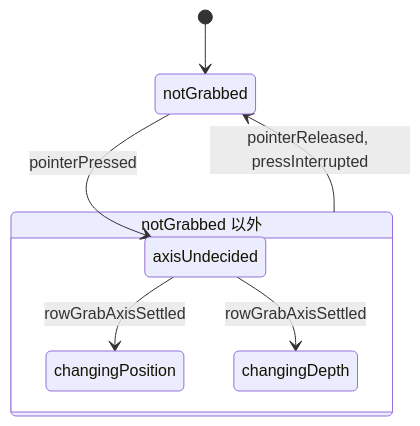
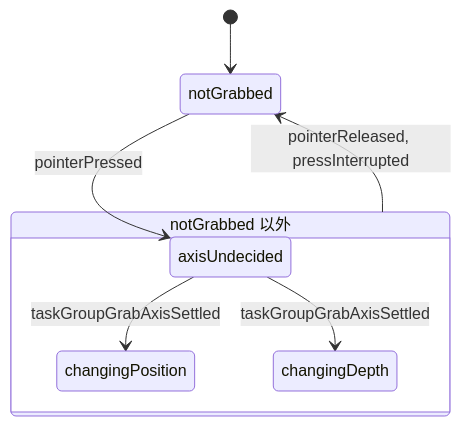
Before and after one commit to GoodRelax/gr-scheduler: diagram 18 of 27 in docs/spec/_assets/tbl-state-machines.md, drawn with Mermaid. The commit also changed other lines of this file and 25 other files, not shown here.

````diff
--- a/docs/spec/_assets/tbl-state-machines.md
+++ b/docs/spec/_assets/tbl-state-machines.md
@@ -707,15 +707,15 @@
 ```mermaid
 stateDiagram-v2
     direction TB
-    [*] --> rowGrabStateMachine_notGrabbed
-    rowGrabStateMachine_notGrabbed : notGrabbed
-    state "notGrabbed 以外" as rowGrabStateMachine_group {
-        rowGrabStateMachine_axisUndecided : axisUndecided
-        rowGrabStateMachine_changingPosition : changingPosition
-        rowGrabStateMachine_changingDepth : changingDepth
+    [*] --> taskGroupGrabStateMachine_notGrabbed
+    taskGroupGrabStateMachine_notGrabbed : notGrabbed
+    state "notGrabbed 以外" as taskGroupGrabStateMachine_group {
+        taskGroupGrabStateMachine_axisUndecided : axisUndecided
+        taskGroupGrabStateMachine_changingPosition : changingPosition
+        taskGroupGrabStateMachine_changingDepth : changingDepth
     }
-    rowGrabStateMachine_group --> rowGrabStateMachine_notGrabbed : pointerReleased, pressInterrupted
-    rowGrabStateMachine_notGrabbed --> rowGrabStateMachine_axisUndecided : pointerPressed
-    rowGrabStateMachine_axisUndecided --> rowGrabStateMachine_changingPosition : rowGrabAxisSettled
-    rowGrabStateMachine_axisUndecided --> rowGrabStateMachine_changingDepth : rowGrabAxisSettled
+    taskGroupGrabStateMachine_group --> taskGroupGrabStateMachine_notGrabbed : pointerReleased, pressInterrupted
+    taskGroupGrabStateMachine_notGrabbed --> taskGroupGrabStateMachine_axisUndecided : pointerPressed
+    taskGroupGrabStateMachine_axisUndecided --> taskGroupGrabStateMachine_changingPosition : taskGroupGrabAxisSettled
+    taskGroupGrabStateMachine_axisUndecided --> taskGroupGrabStateMachine_changingDepth : taskGroupGrabAxisSettled
 ```
````
